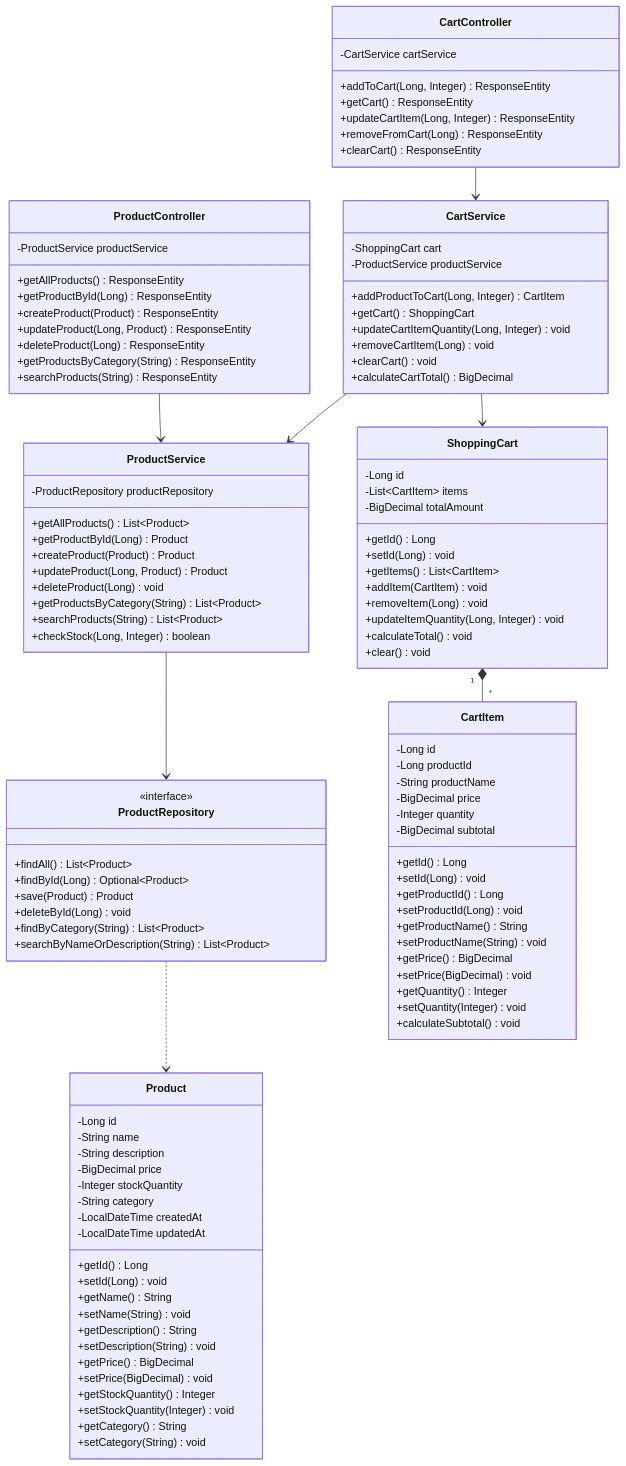
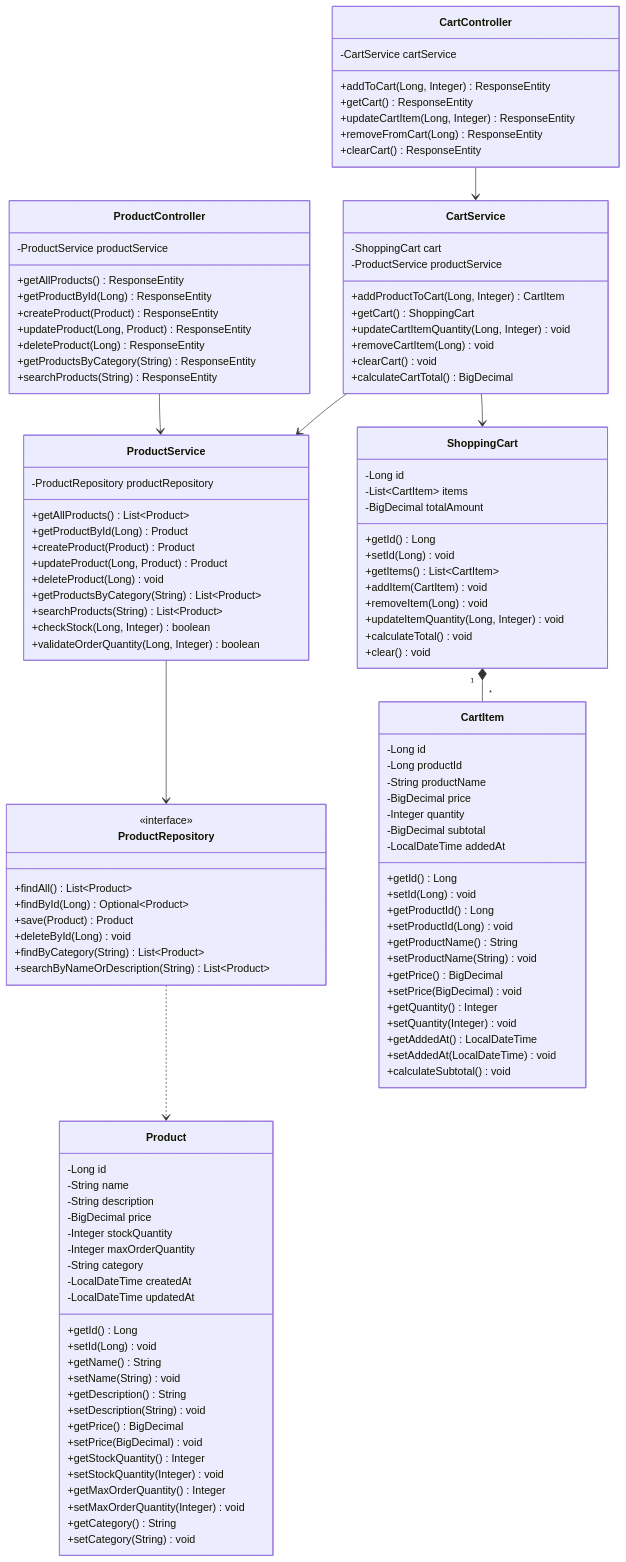
Before and after one commit to NavneetBN47/aava-ecom-demo: the first of 14 diagrams in docs/LLD/lld.md, drawn with Mermaid. The commit also changed other lines of this file, not shown here.

```diff
--- a/docs/LLD/lld.md
+++ b/docs/LLD/lld.md
@@ -51,6 +51,7 @@
         -String description
         -BigDecimal price
         -Integer stockQuantity
+        -Integer maxOrderQuantity
         -String category
         -LocalDateTime createdAt
         -LocalDateTime updatedAt
@@ -64,6 +65,8 @@
         +setPrice(BigDecimal) void
         +getStockQuantity() Integer
         +setStockQuantity(Integer) void
+        +getMaxOrderQuantity() Integer
+        +setMaxOrderQuantity(Integer) void
         +getCategory() String
         +setCategory(String) void
     }
@@ -75,6 +78,7 @@
         -BigDecimal price
         -Integer quantity
         -BigDecimal subtotal
+        -LocalDateTime addedAt
         +getId() Long
         +setId(Long) void
         +getProductId() Long
@@ -85,6 +89,8 @@
         +setPrice(BigDecimal) void
         +getQuantity() Integer
         +setQuantity(Integer) void
+        +getAddedAt() LocalDateTime
+        +setAddedAt(LocalDateTime) void
         +calculateSubtotal() void
     }
 
@@ -132,6 +138,7 @@
         +getProductsByCategory(String) List~Product~
         +searchProducts(String) List~Product~
         +checkStock(Long, Integer) boolean
+        +validateOrderQuantity(Long, Integer) boolean
     }
 
     class CartService {
```
